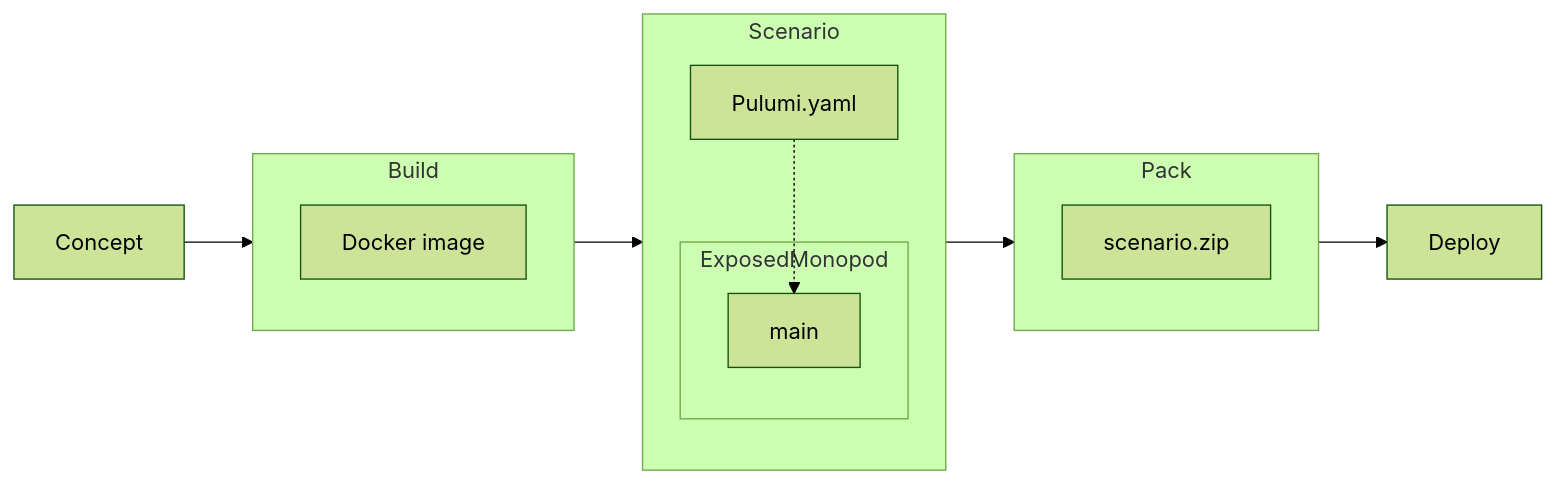
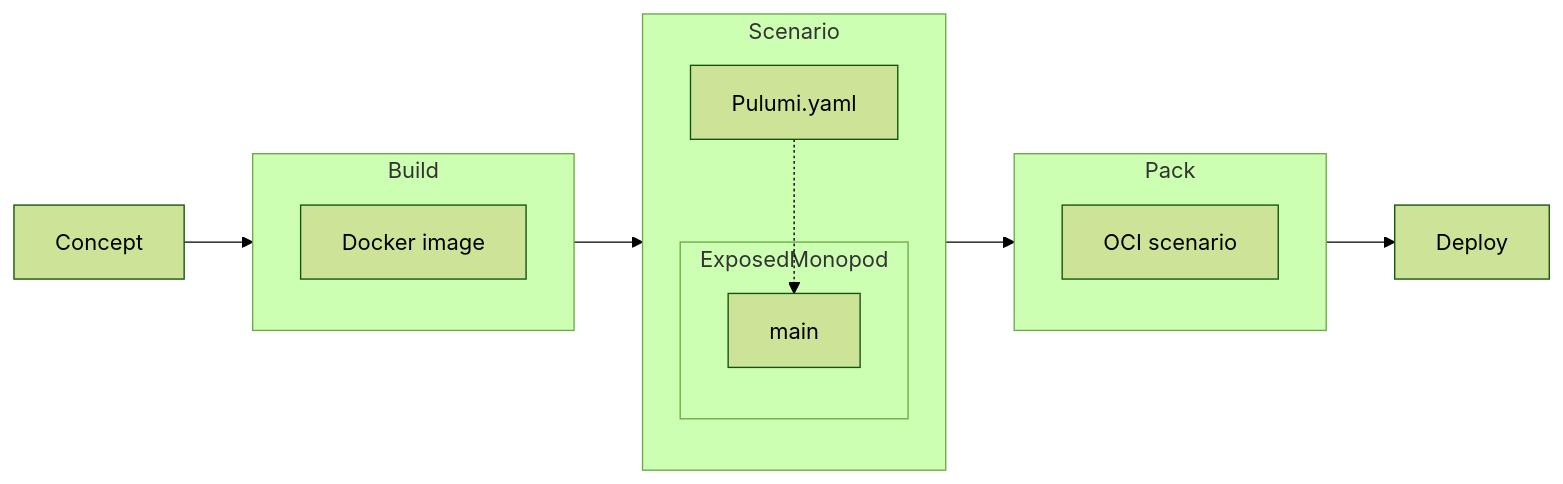
Before and after one commit to ctfer-io/chall-manager: the first of 2 diagrams in webdocs/tutorials/a-complete-example/index.md, drawn with Mermaid (forest theme). The commit also changed other lines of this file and 53 other files, not shown here.

First line of the commit message:
Move out of "push" model for zip b64 scenario, toward "pull" model with OCI blobs (#625)

````diff
--- a/webdocs/tutorials/a-complete-example/index.md
+++ b/webdocs/tutorials/a-complete-example/index.md
@@ -11,23 +11,23 @@
 ```mermaid
 flowchart LR
     Concept --> Build
     Build --> Scenario
     Scenario --> Pack
     Pack --> Deploy
 
     subgraph Build
         B1["Docker image"]
     end
 
     subgraph Scenario
         S1["Pulumi.yaml"]
         subgraph ExposedMonopod
             S2["main"]
         end
         S1 -.-> S2
     end
 
     subgraph Pack
-        P1["scenario.zip"]
+        P1["OCI scenario"]
     end
 ```
````
